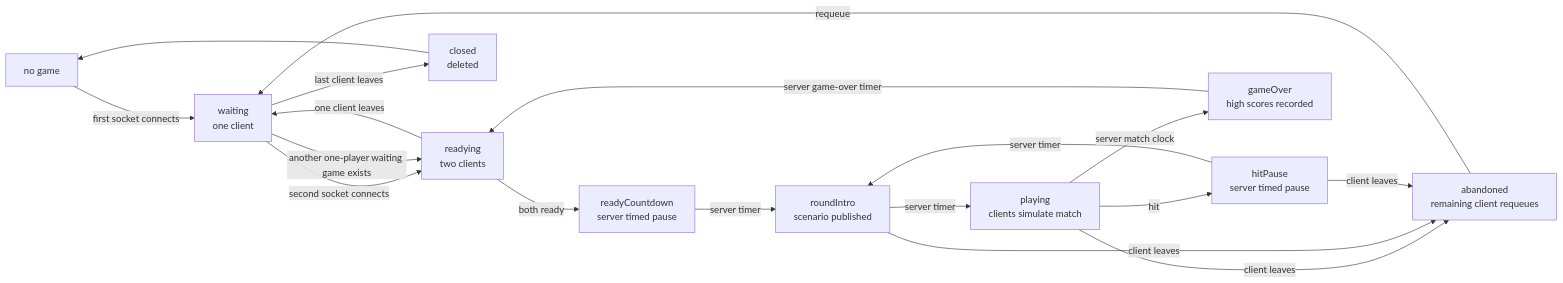
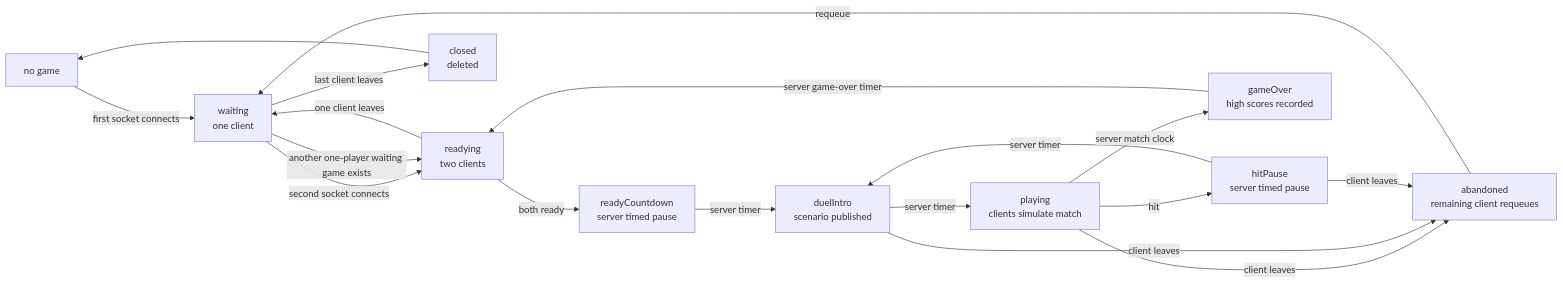
One commit to mkjems/gunfight changed the second of 2 diagrams in documentation/Connection-state-model.md. Above: the diagram before and after it, drawn with Mermaid. The commit also changed other lines of this file and 84 other files, not shown here.

Commit message:
P24 - Rename duel/round terminology

````diff
--- a/documentation/Connection-state-model.md
+++ b/documentation/Connection-state-model.md
@@ -54,20 +54,20 @@
 ```mermaid
 flowchart LR
     NoGame["no game"] -->|"first socket connects"| Waiting["waiting<br/>one client"]
     Waiting -->|"second socket connects"| Readying["readying<br/>two clients"]
     Readying -->|"both ready"| ReadyCountdown["readyCountdown<br/>server timed pause"]
-    ReadyCountdown -->|"server timer"| RoundIntro["roundIntro<br/>scenario published"]
-    RoundIntro -->|"server timer"| Playing["playing<br/>clients simulate match"]
+    ReadyCountdown -->|"server timer"| DuelIntro["duelIntro<br/>scenario published"]
+    DuelIntro -->|"server timer"| Playing["playing<br/>clients simulate match"]
     Playing -->|"hit"| HitPause["hitPause<br/>server timed pause"]
-    HitPause -->|"server timer"| RoundIntro
+    HitPause -->|"server timer"| DuelIntro
     Playing -->|"server match clock"| GameOver["gameOver<br/>high scores recorded"]
     Playing -->|"client leaves"| Abandoned["abandoned<br/>remaining client requeues"]
-    RoundIntro -->|"client leaves"| Abandoned
+    DuelIntro -->|"client leaves"| Abandoned
     HitPause -->|"client leaves"| Abandoned
     Abandoned -->|"requeue"| Waiting
     Waiting -->|"last client leaves"| Closed["closed<br/>deleted"]
     Readying -->|"one client leaves"| Waiting
     Waiting -->|"another one-player waiting game exists"| Readying
     GameOver -->|"server game-over timer"| Readying
     Closed --> NoGame
 ```
````
